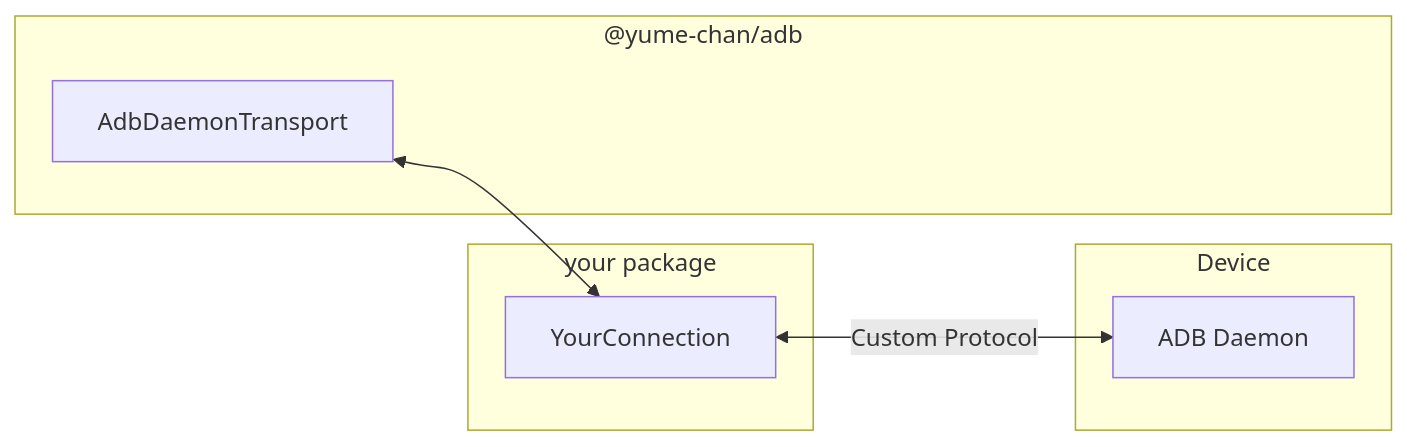
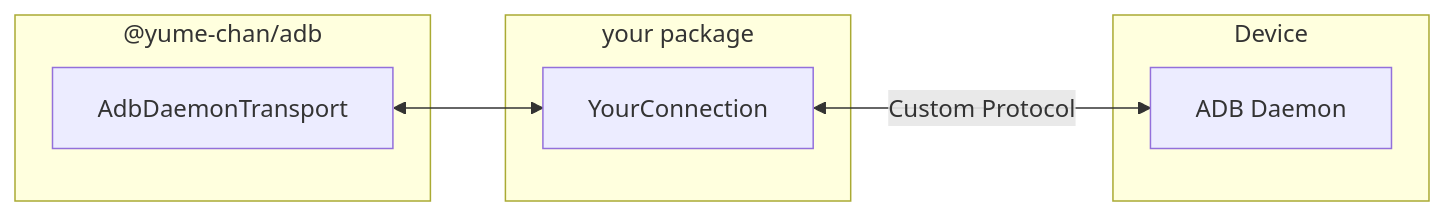
The fifth of 5 diagrams in docs/tango/daemon/index.mdx (tango-adb/docs), drawn with Mermaid before and after one commit. The commit also changed other lines of this file and 28 other files, not shown here.

````diff
--- a/docs/tango/daemon/index.mdx
+++ b/docs/tango/daemon/index.mdx
@@ -142,12 +142,12 @@
 ```mermaid
 flowchart LR
     subgraph A ["@yume-chan/adb"]
-        AdbDaemonTransport ~~~ AdbDaemonTransport
+        AdbDaemonTransport
     end
     subgraph C ["your package"]
         AdbDaemonTransport <--> YourConnection
     end
     subgraph D ["Device"]
         YourConnection <-->|Custom Protocol| Daemon["ADB Daemon"]
     end
 ```
````
